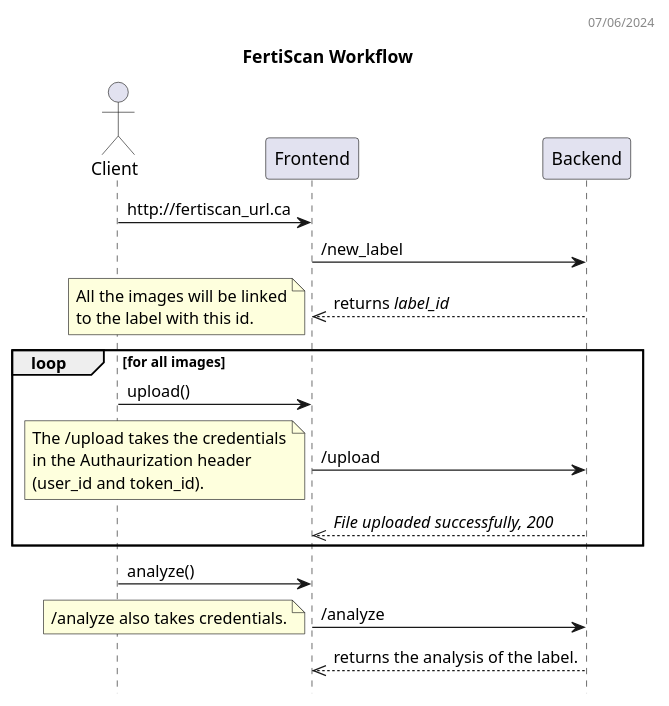
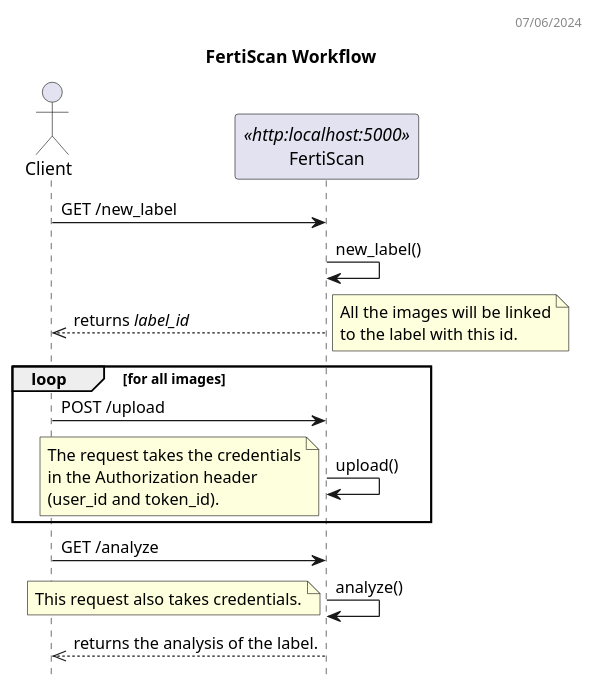
The diagram in docs/workflow_dss.puml (ai-cfia/fertiscan-backend), drawn with PlantUML before and after one commit. The commit also changed 1 other file, not shown here.

```diff
--- a/docs/workflow_dss.puml
+++ b/docs/workflow_dss.puml
@@ -1,35 +1,33 @@
 @startuml FertiScan Sequence Diagram
 header 07/06/2024
 
 title FertiScan Workflow
 hide empty members
 hide footbox
 
 actor "Client" as C
-participant Frontend as F
-participant Backend as B
+participant FertiScan as F <<http:localhost:5000>>
 
-C -> F: http://fertiscan_url.ca
-F -> B: /new_label
-F <<-- B: returns //label_id//
-note left
+C -> F: GET /new_label
+F -> F: new_label()
+C <<-- F: returns //label_id//
+note right
   All the images will be linked
   to the label with this id.
 end note
 loop for all images
-  C -> F: upload()
-  F -> B: /upload
+  C -> F: POST /upload
+  F -> F: upload()
   note left
-    The /upload takes the credentials
-    in the Authaurization header 
+    The request takes the credentials
+    in the Authorization header 
     (user_id and token_id).
   end note
-  F <<-- B: //File uploaded successfully, 200//
 end
-C -> F: analyze()
-F -> B: /analyze  
+C -> F: GET /analyze
+F -> F: analyze()  
 note left    
-  /analyze also takes credentials.
+  This request also takes credentials.
 end note
-F <<-- B: returns the analysis of the label.
+C <<-- F: returns the analysis of the label.
 @enduml
```
